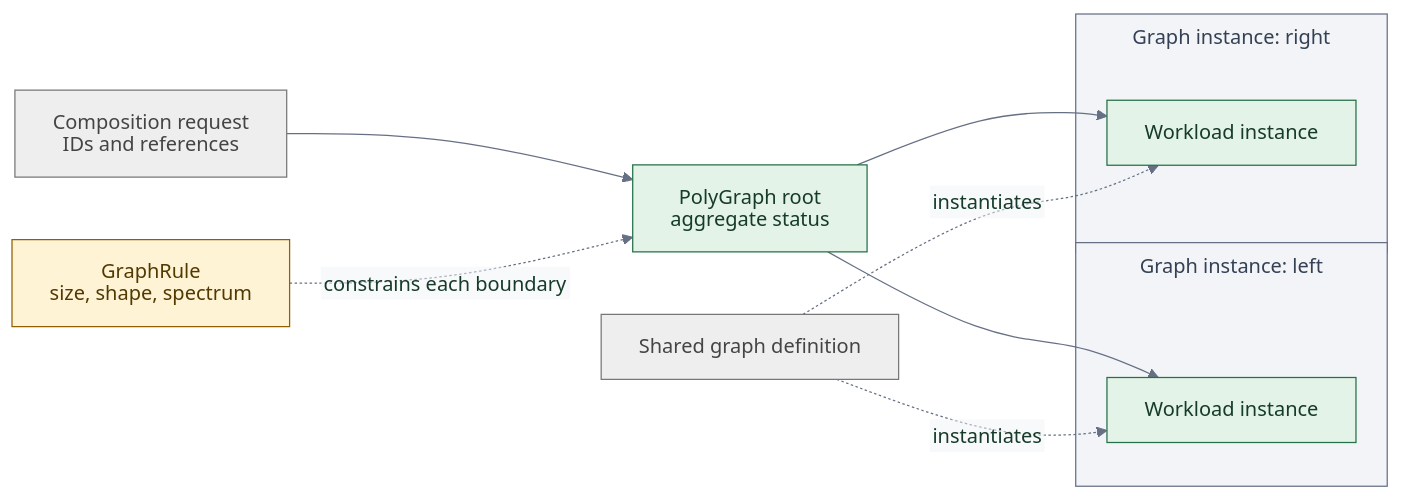
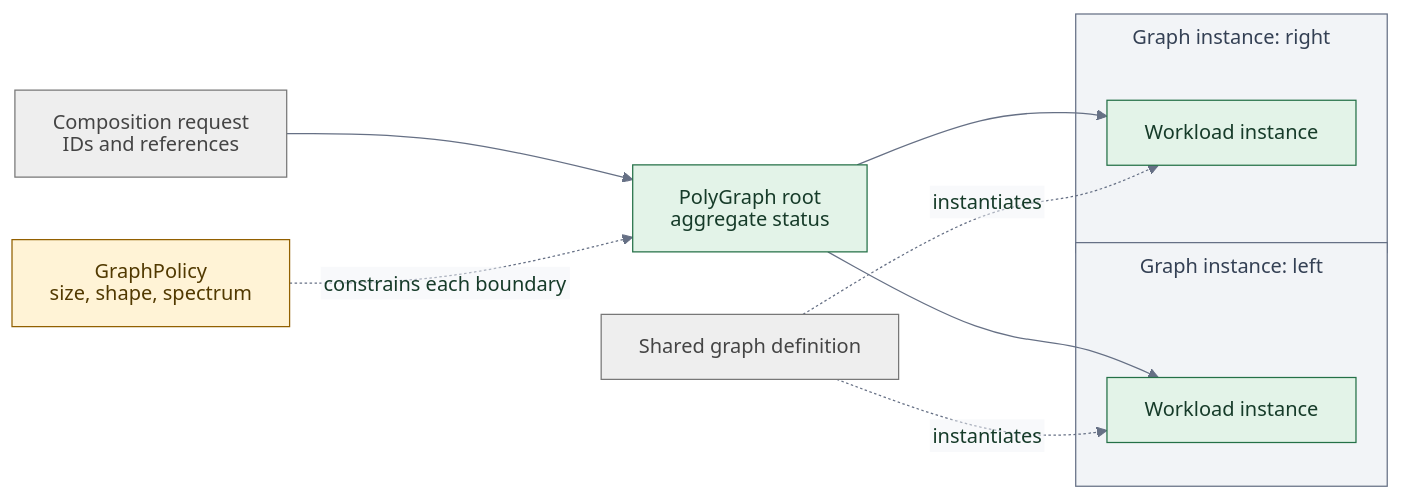
The second of 10 diagrams in README.md (astrivant/polyad), drawn with Mermaid before and after one commit. The commit also changed other lines of this file and 182 other files, not shown here.

Commit message:
GraphPolicies rename

````diff
--- a/README.md
+++ b/README.md
@@ -288,41 +288,41 @@
 ```mermaid
 ---
 config:
   theme: base
   htmlLabels: false
   themeVariables:
     primaryTextColor: "#163b29"
     secondaryTextColor: "#513900"
     tertiaryTextColor: "#344054"
     clusterBkg: "#f2f4f7"
     clusterBorder: "#667085"
     titleColor: "#344054"
     edgeLabelBackground: "#f2f4f7"
     lineColor: "#667085"
   flowchart:
     subGraphTitleMargin:
       top: 8
       bottom: 20
 ---
 flowchart LR
     classDef execution fill:#e3f3e8,stroke:#247047,color:#163b29
     classDef constraint fill:#fff3d6,stroke:#926000,color:#513900
     classDef resource fill:#eeeeee,stroke:#777777,color:#444444
 
     request["Composition request<br/>IDs and references"]:::resource
-    rules["GraphRule<br/>size, shape, spectrum"]:::constraint
+    rules["GraphPolicy<br/>size, shape, spectrum"]:::constraint
     root["PolyGraph root<br/>aggregate status"]:::execution
     request --> root
     rules -. "constrains each boundary" .-> root
     subgraph left["Graph instance: left"]
         a["Workload instance"]:::execution
     end
     subgraph right["Graph instance: right"]
         b["Workload instance"]:::execution
     end
     root --> a
     root --> b
     definition["Shared graph definition"]:::resource
     definition -. "instantiates" .-> a
     definition -. "instantiates" .-> b
 ```
````
